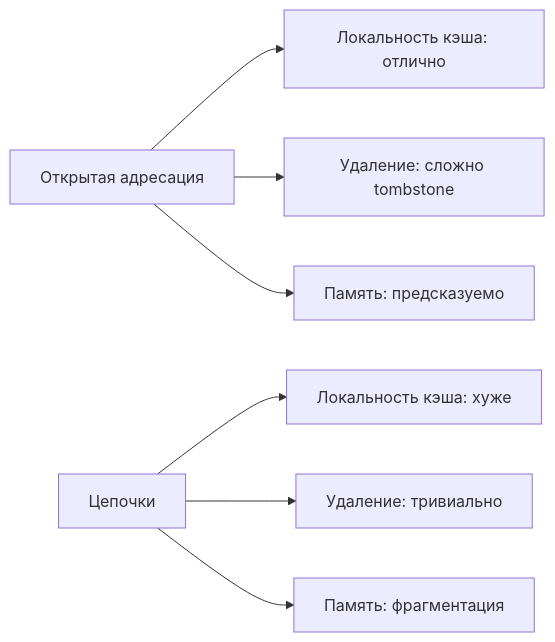
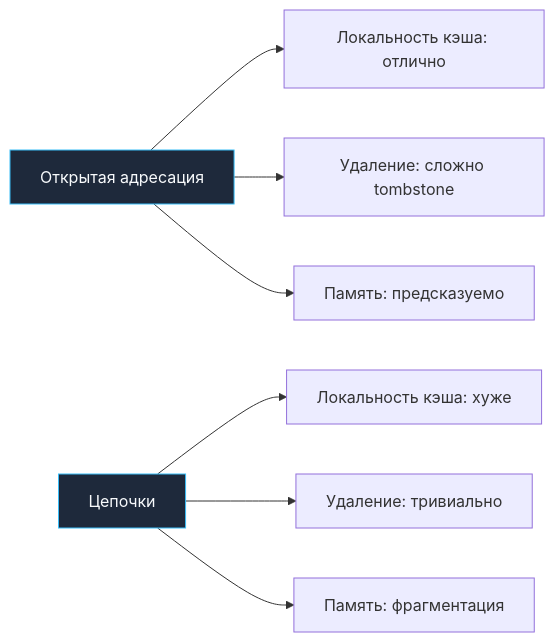
The second of 3 diagrams in sources/21. Задачи с LeetCode и собеседований на Go/02. Задачи/26. Design задачи и структуры данных/5. Design HashMap.md (UnrealTemplier/go-textbook), drawn with Mermaid before and after one commit. The commit also changed other lines of this file and 1666 other files, not shown here.

First line of the commit message:
feat(mermaid): add semantic color classDef to 1369 colorless flowchart/graph diagrams

````diff
--- a/sources/21. Задачи с LeetCode и собеседований на Go/02. Задачи/26. Design задачи и структуры данных/5. Design HashMap.md
+++ b/sources/21. Задачи с LeetCode и собеседований на Go/02. Задачи/26. Design задачи и структуры данных/5. Design HashMap.md
@@ -31,9 +41,19 @@
 ```mermaid
 flowchart LR
-  A["Открытая адресация"] --> B["Локальность кэша: отлично"]
+    classDef process  fill:#1e293b,stroke:#38bdf8,stroke-width:1px,color:#f8fafc
+    classDef success  fill:#064e3b,stroke:#34d399,stroke-width:1px,color:#f8fafc
+    classDef error    fill:#7f1d1d,stroke:#f87171,stroke-width:1px,color:#f8fafc
+    classDef warning  fill:#78350f,stroke:#fbbf24,stroke-width:1px,color:#f8fafc
+    classDef entry    fill:#1e3a5f,stroke:#38bdf8,stroke-width:2px,color:#f8fafc
+    classDef aux      fill:#334155,stroke:#64748b,stroke-width:1px,color:#f8fafc
+    classDef system   fill:#312e81,stroke:#a78bfa,stroke-width:1px,color:#f8fafc
+    classDef data     fill:#132d29,stroke:#2dd4bf,stroke-width:1px,color:#f8fafc
+    classDef network  fill:#881337,stroke:#fb7185,stroke-width:1px,color:#f8fafc
+    classDef accent   fill:#1e1b4b,stroke:#818cf8,stroke-width:1px,color:#f8fafc
+  A["Открытая адресация"]:::process --> B["Локальность кэша: отлично"]
   A --> C["Удаление: сложно tombstone"]
   A --> D["Память: предсказуемо"]
-  E["Цепочки"] --> F["Локальность кэша: хуже"]
+  E["Цепочки"]:::process --> F["Локальность кэша: хуже"]
   E --> G["Удаление: тривиально"]
   E --> H["Память: фрагментация"]
 ```
````
